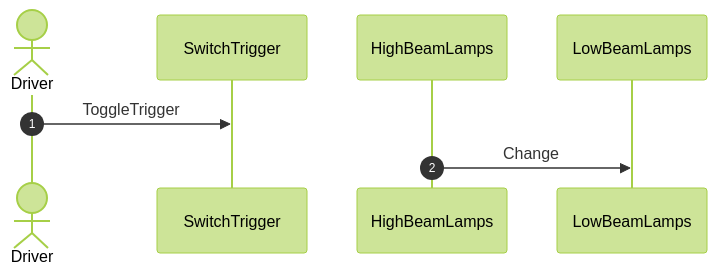
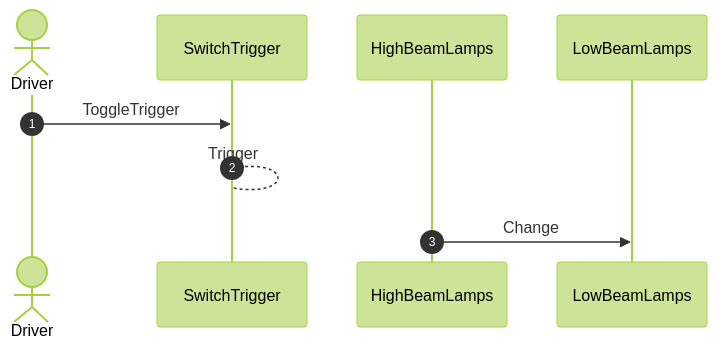
Before and after one commit to kishorekanala/VehicleSim: the second of 3 diagrams in VehicleSystemsReports/VehicleLightingSystem/VehicleLightingSystem.md, drawn with Mermaid (forest theme).

Commit message:
Apr 8, 2023, 9:47 AM

````diff
--- a/VehicleSystemsReports/VehicleLightingSystem/VehicleLightingSystem.md
+++ b/VehicleSystemsReports/VehicleLightingSystem/VehicleLightingSystem.md
@@ -103,10 +103,11 @@
 ```mermaid
 sequenceDiagram
 autonumber
 actor Driver
 participant SwitchTrigger
 participant HighBeamLamps
 participant LowBeamLamps
 Driver->>SwitchTrigger: ToggleTrigger
+SwitchTrigger-->SwitchTrigger: Trigger
 HighBeamLamps->>LowBeamLamps: Change
 ```
````
